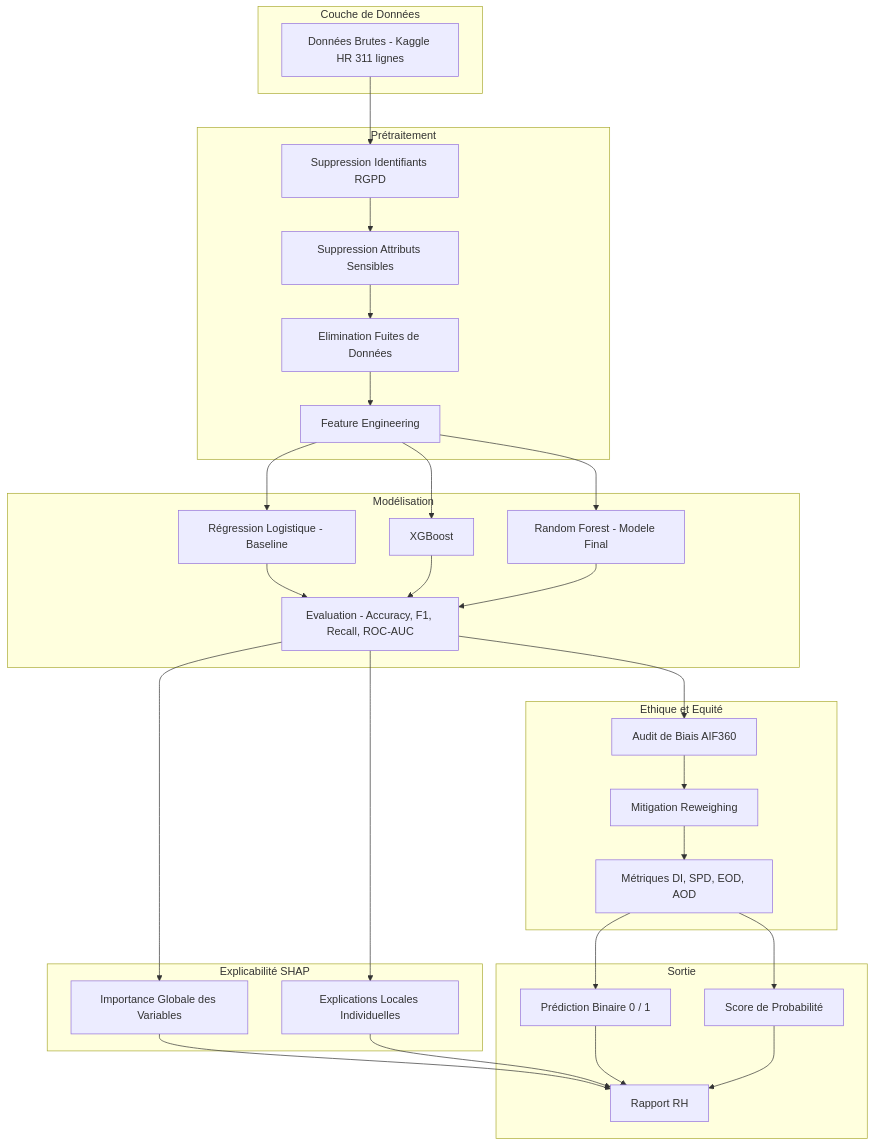
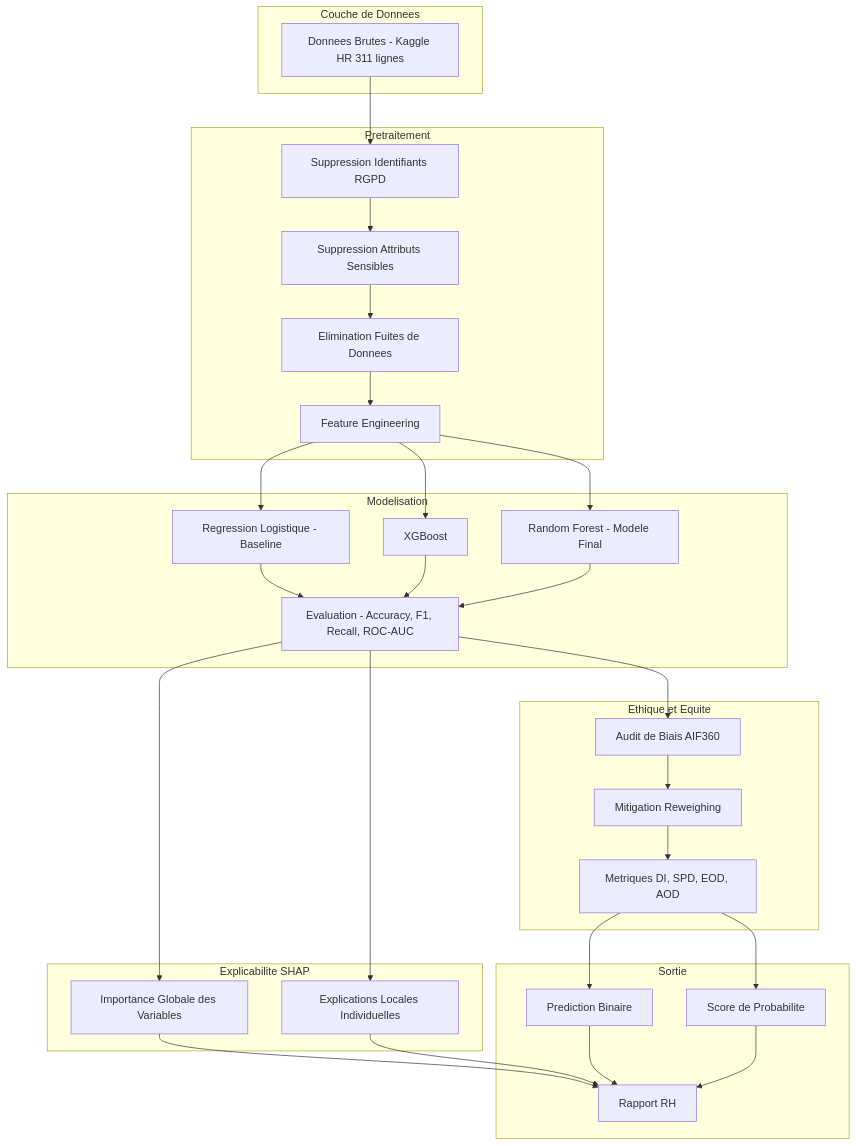
The diagram in Architecture.md (Beloowga/CAPGEMINI-HR-AI-Explainability), drawn with Mermaid before and after one commit.

Commit message:
Fix French accents and formatting in Architecture.md

````diff
--- a/Architecture.md
+++ b/Architecture.md
@@ -2,48 +2,48 @@
 ```mermaid
 graph TD
-    subgraph Data_Layer [Couche de Données]
-        A[Données Brutes - Kaggle HR 311 lignes]
+    subgraph Data_Layer [Couche de Donnees]
+        A[Donnees Brutes - Kaggle HR 311 lignes]
     end
-    subgraph Preprocessing [Prétraitement]
+    subgraph Preprocessing [Pretraitement]
         B[Suppression Identifiants RGPD]
         C[Suppression Attributs Sensibles]
-        D[Elimination Fuites de Données]
+        D[Elimination Fuites de Donnees]
         E[Feature Engineering]
         A --> B --> C --> D --> E
     end
-    subgraph Modeling [Modélisation]
-        I[Régression Logistique - Baseline]
+    subgraph Modeling [Modelisation]
+        I[Regression Logistique - Baseline]
         K[XGBoost]
         L[Random Forest - Modele Final]
         M[Evaluation - Accuracy, F1, Recall, ROC-AUC]
         E --> I
         E --> K
         E --> L
         I --> M
         K --> M
         L --> M
     end
-    subgraph Explainability [Explicabilité SHAP]
+    subgraph Explainability [Explicabilite SHAP]
         N[Importance Globale des Variables]
         O[Explications Locales Individuelles]
         M --> N
         M --> O
     end
-    subgraph Fairness_Ethics [Ethique et Equité]
+    subgraph Fairness_Ethics [Ethique et Equite]
         F[Audit de Biais AIF360]
         G[Mitigation Reweighing]
-        H[Métriques DI, SPD, EOD, AOD]
+        H[Metriques DI, SPD, EOD, AOD]
         M --> F --> G --> H
     end
     subgraph Output [Sortie]
-        Q[Prédiction Binaire 0 / 1]
-        R[Score de Probabilité]
+        Q[Prediction Binaire]
+        R[Score de Probabilite]
         S[Rapport RH]
         H --> Q
         H --> R
         N --> S
         O --> S
         Q --> S
         R --> S
     end
 ```
````
